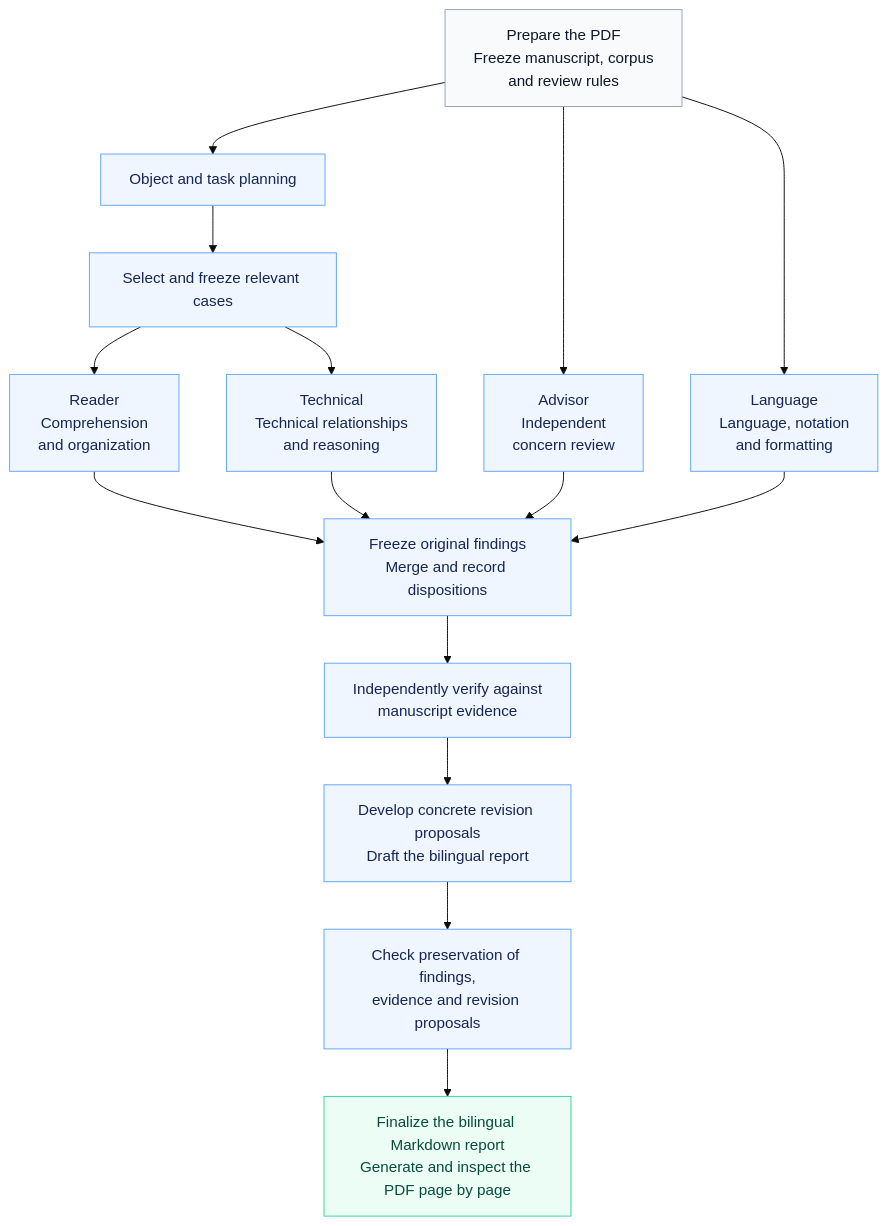
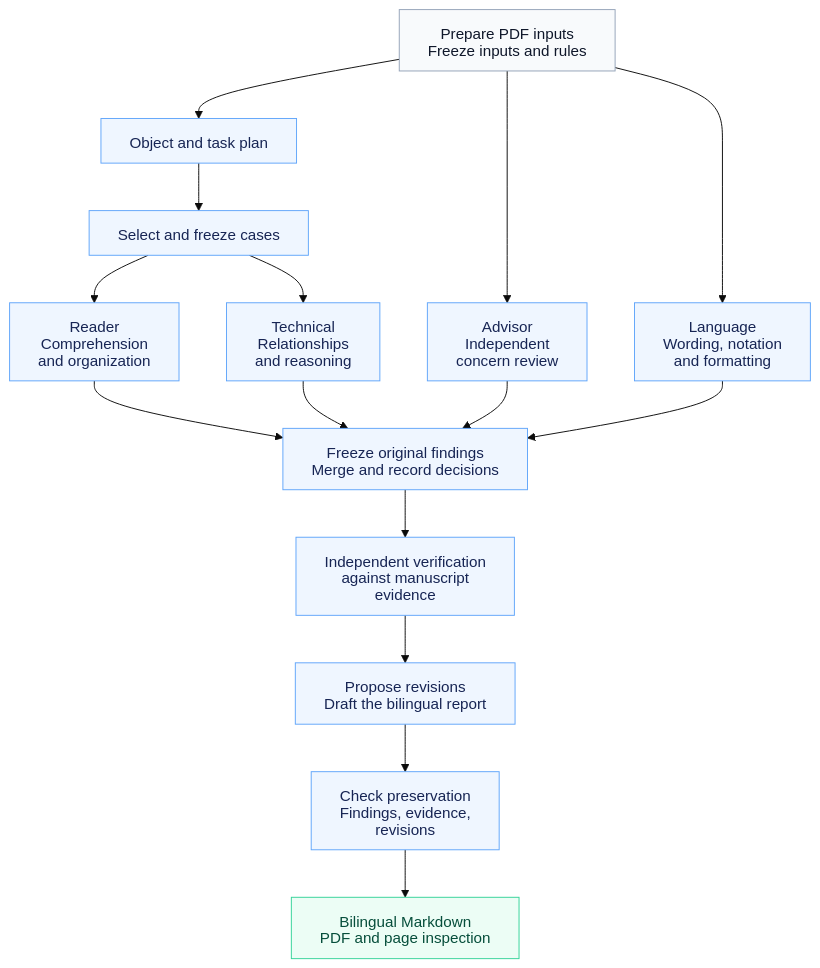
The diagram in README.md (stevenyyzhang/MentorTrace), drawn with Mermaid (base theme) before and after one commit. The commit also changed 1 other file, not shown here.

Commit message:
Release MentorTrace v1.0.0

````diff
--- a/README.md
+++ b/README.md
@@ -48,33 +48,39 @@
 ```mermaid
+---
+config:
+  htmlLabels: false
+  flowchart:
+    htmlLabels: false
+---
 flowchart TB
-    F["Prepare the PDF<br/>Freeze manuscript, corpus<br/>and review rules"]
-    O["Object and task planning"]
-    C["Select and freeze relevant cases"]
+    F["Prepare PDF inputs<br/>Freeze inputs and rules"]
+    O["Object and task plan"]
+    C["Select and freeze cases"]
     R["Reader<br/>Comprehension<br/>and organization"]
-    T["Technical<br/>Technical relationships<br/>and reasoning"]
+    T["Technical<br/>Relationships<br/>and reasoning"]
     A["Advisor<br/>Independent<br/>concern review"]
-    L["Language<br/>Language, notation<br/>and formatting"]
-    M["Freeze original findings<br/>Merge and record dispositions"]
-    V["Independently verify against<br/>manuscript evidence"]
-    D["Develop concrete revision proposals<br/>Draft the bilingual report"]
-    B["Check preservation of findings,<br/>evidence and revision proposals"]
-    OUT["Finalize the bilingual Markdown report<br/>Generate and inspect the PDF page by page"]
+    L["Language<br/>Wording, notation<br/>and formatting"]
+    M["Freeze original findings<br/>Merge and record decisions"]
+    V["Independent verification<br/>against manuscript evidence"]
+    D["Propose revisions<br/>Draft the bilingual report"]
+    B["Check preservation<br/>Findings, evidence, revisions"]
+    OUT["Bilingual Markdown<br/>PDF and page inspection"]
 
     F --> O --> C
     C --> R
     C --> T
     F ----> A
     F ----> L
     R --> M
     T --> M
     A --> M
     L --> M
     M --> V --> D --> B --> OUT
 
     classDef input fill:#f8fafc,stroke:#94a3b8,color:#0f172a;
     classDef review fill:#eff6ff,stroke:#60a5fa,color:#172554;
     classDef output fill:#ecfdf5,stroke:#34d399,color:#064e3b;
     class F input;
     class O,C,R,T,A,L,M,V,D,B review;
     class OUT output;
 ```
````
